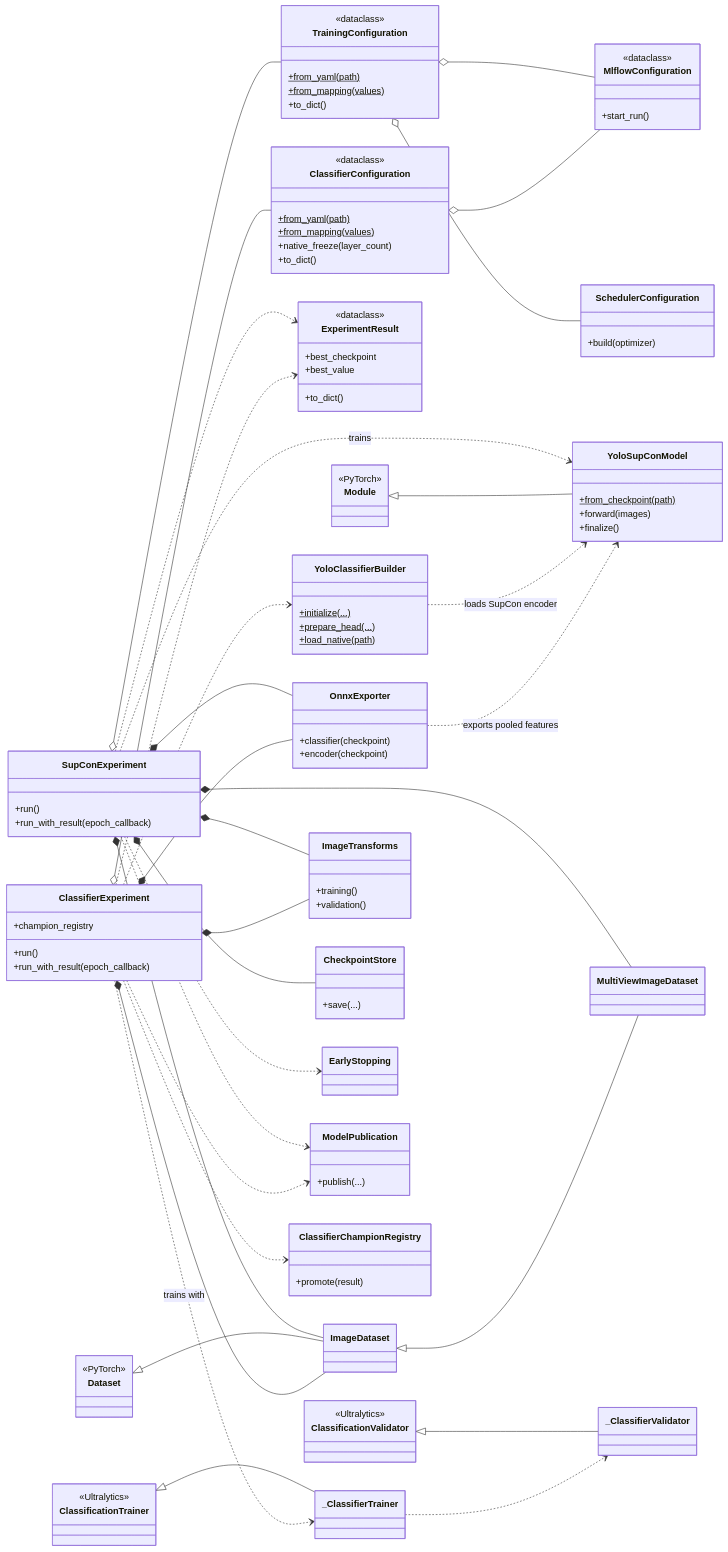
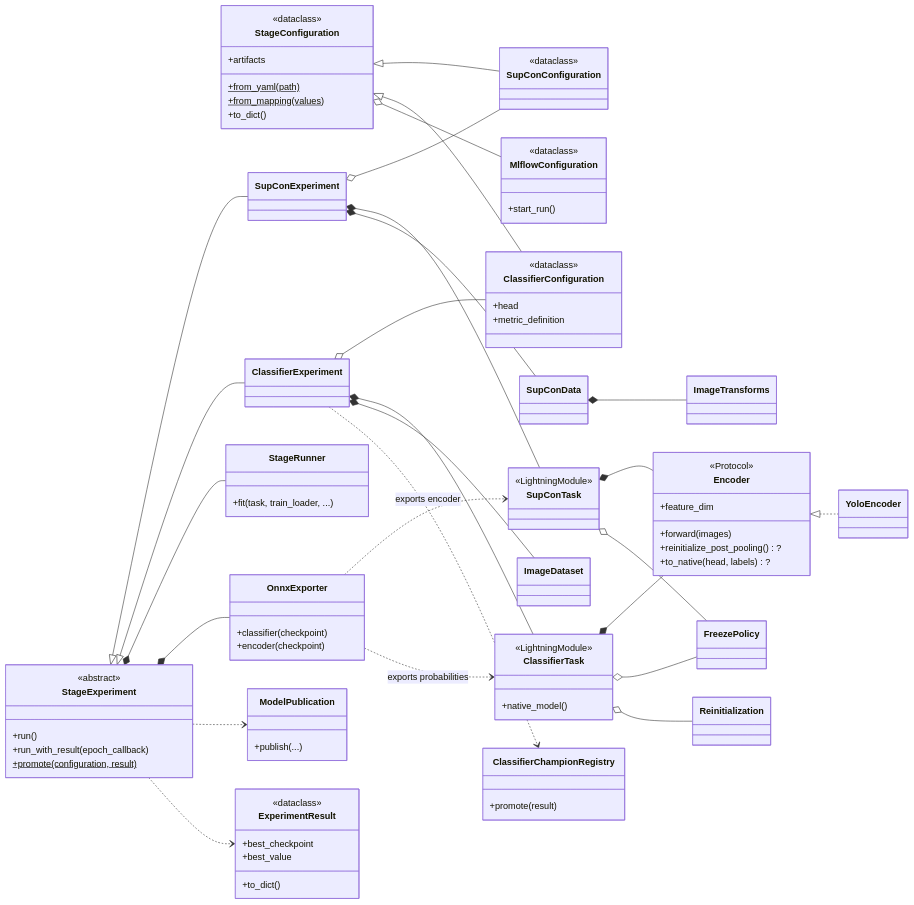
Before and after one commit to ssciwr/smartrodent_experiments: the fifth of 7 diagrams in README.md, drawn with Mermaid. The commit also changed other lines of this file, not shown here.

````diff
--- a/README.md
+++ b/README.md
@@ -436,72 +440,52 @@
 classDiagram
     direction LR
 
-    class TrainingConfiguration {
+    class StageConfiguration {
         <<dataclass>>
         +from_yaml(path)$
         +from_mapping(values)$
+        +artifacts
         +to_dict()
     }
-    class SupConExperiment {
-        +run()
-        +run_with_result(epoch_callback)
+    class SupConConfiguration {
+        <<dataclass>>
     }
     class ClassifierConfiguration {
         <<dataclass>>
-        +from_yaml(path)$
-        +from_mapping(values)$
-        +native_freeze(layer_count)
-        +to_dict()
+        +head
+        +metric_definition
     }
-    class ClassifierExperiment {
+    class StageExperiment {
+        <<abstract>>
         +run()
         +run_with_result(epoch_callback)
-        +champion_registry
+        +promote(configuration, result)$
     }
-    class ExperimentResult {
-        <<dataclass>>
-        +best_checkpoint
-        +best_value
-        +to_dict()
+    class SupConExperiment
+    class ClassifierExperiment
+    class SupConTask {
+        <<LightningModule>>
     }
-
-    class YoloSupConModel {
-        +from_checkpoint(path)$
+    class ClassifierTask {
+        <<LightningModule>>
+        +native_model()
+    }
+    class StageRunner {
+        +fit(task, train_loader, ...)
+    }
+    class Encoder {
+        <<Protocol>>
+        +feature_dim
         +forward(images)
-        +finalize()
+        +reinitialize_post_pooling()?
+        +to_native(head, labels)?
     }
-    class YoloClassifierBuilder {
-        +initialize(...)$
-        +prepare_head(...)$
-        +load_native(path)$
-    }
-    class ClassificationTrainer {
-        <<Ultralytics>>
-    }
-    class ClassificationValidator {
-        <<Ultralytics>>
-    }
-    class Dataset {
-        <<PyTorch>>
-    }
-    class Module {
-        <<PyTorch>>
-    }
-    class _ClassifierTrainer
-    class _ClassifierValidator
+    class YoloEncoder
+    class FreezePolicy
+    class Reinitialization
     class ImageDataset
-    class MultiViewImageDataset
-    class ImageTransforms {
-        +training()
-        +validation()
-    }
-    class CheckpointStore {
-        +save(...)
-    }
-    class EarlyStopping
-    class SchedulerConfiguration {
-        +build(optimizer)
-    }
+    class SupConData
+    class ImageTransforms
     class MlflowConfiguration {
         <<dataclass>>
         +start_run()
@@ -516,38 +500,36 @@
         +classifier(checkpoint)
         +encoder(checkpoint)
     }
+    class ExperimentResult {
+        <<dataclass>>
+        +best_checkpoint
+        +best_value
+        +to_dict()
+    }
 
-    SupConExperiment o-- TrainingConfiguration
-    TrainingConfiguration o-- MlflowConfiguration
-    TrainingConfiguration o-- SchedulerConfiguration
-    SupConExperiment ..> YoloSupConModel : trains
-    SupConExperiment *-- MultiViewImageDataset
-    SupConExperiment *-- ImageDataset
-    SupConExperiment *-- ImageTransforms
-    SupConExperiment *-- CheckpointStore
-    SupConExperiment ..> EarlyStopping
-    SupConExperiment *-- OnnxExporter
-    SupConExperiment ..> ModelPublication
-    SupConExperiment ..> ExperimentResult
-
-    Dataset <|-- ImageDataset
-    ImageDataset <|-- MultiViewImageDataset
-    Module <|-- YoloSupConModel
-    ClassificationTrainer <|-- _ClassifierTrainer
-    ClassificationValidator <|-- _ClassifierValidator
-
+    StageConfiguration <|-- SupConConfiguration
+    StageConfiguration <|-- ClassifierConfiguration
+    StageConfiguration o-- MlflowConfiguration
+    StageExperiment <|-- SupConExperiment
+    StageExperiment <|-- ClassifierExperiment
+    StageExperiment *-- StageRunner
+    StageExperiment *-- OnnxExporter
+    StageExperiment ..> ModelPublication
+    StageExperiment ..> ExperimentResult
+    SupConExperiment o-- SupConConfiguration
+    SupConExperiment *-- SupConTask
+    SupConExperiment *-- SupConData
     ClassifierExperiment o-- ClassifierConfiguration
-    ClassifierConfiguration o-- MlflowConfiguration
+    ClassifierExperiment *-- ClassifierTask
     ClassifierExperiment *-- ImageDataset
-    ClassifierExperiment *-- ImageTransforms
-    ClassifierExperiment *-- OnnxExporter
-    ClassifierExperiment ..> _ClassifierTrainer : trains with
-    _ClassifierTrainer ..> _ClassifierValidator
-    ClassifierExperiment ..> YoloClassifierBuilder
     ClassifierExperiment ..> ClassifierChampionRegistry
-    ClassifierExperiment ..> ModelPublication
-    ClassifierExperiment ..> ExperimentResult
-
-    YoloClassifierBuilder ..> YoloSupConModel : loads SupCon encoder
-    OnnxExporter ..> YoloSupConModel : exports pooled features
+    SupConData *-- ImageTransforms
+    SupConTask *-- Encoder
+    ClassifierTask *-- Encoder
+    SupConTask o-- FreezePolicy
+    ClassifierTask o-- FreezePolicy
+    ClassifierTask o-- Reinitialization
+    Encoder <|.. YoloEncoder
+    OnnxExporter ..> SupConTask : exports encoder
+    OnnxExporter ..> ClassifierTask : exports probabilities
 ```
````
